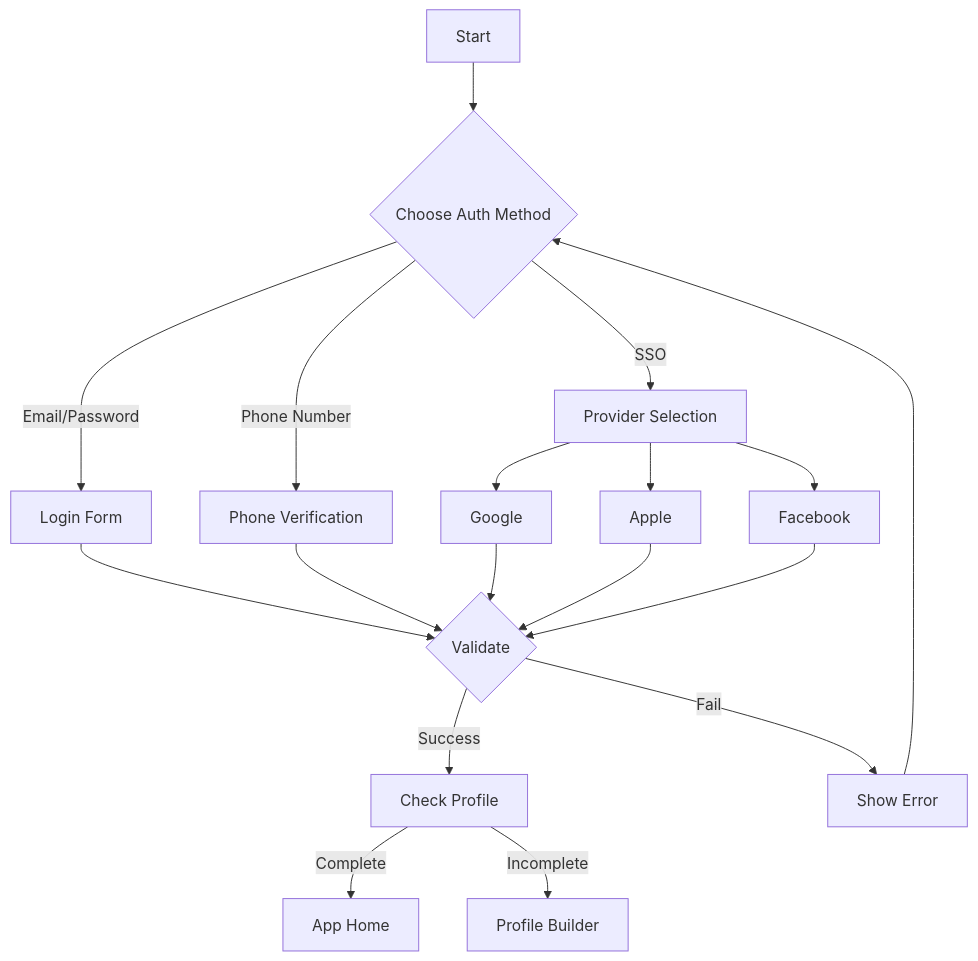
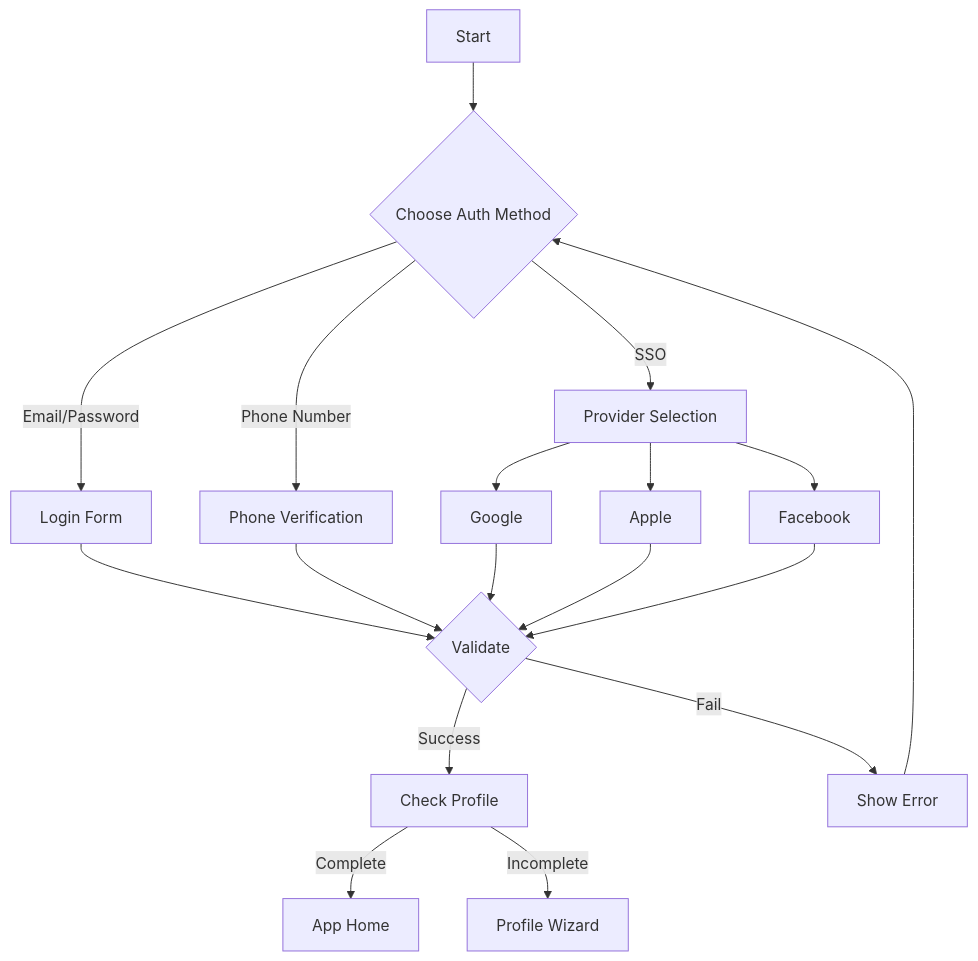
The first of 2 diagrams in docs/(Flows)/authentication-flow.md (sydfernandes/rorny), drawn with Mermaid before and after one commit. The commit also changed other lines of this file and 31 other files, not shown here.

````diff
--- a/docs/(Flows)/authentication-flow.md
+++ b/docs/(Flows)/authentication-flow.md
@@ -35,23 +51,23 @@
 ```mermaid
 graph TD
     A[Start] --> B{Choose Auth Method}
     B -->|Email/Password| C[Login Form]
     B -->|Phone Number| D[Phone Verification]
     B -->|SSO| E[Provider Selection]
     E --> F[Google]
     E --> G[Apple]
     E --> H[Facebook]
     
     C --> I{Validate}
     D --> I
     F --> I
     G --> I
     H --> I
     
     I -->|Success| J[Check Profile]
     I -->|Fail| K[Show Error]
     K --> B
     
     J -->|Complete| L[App Home]
-    J -->|Incomplete| M[Profile Builder]
+    J -->|Incomplete| M[Profile Wizard]
 ```
````
